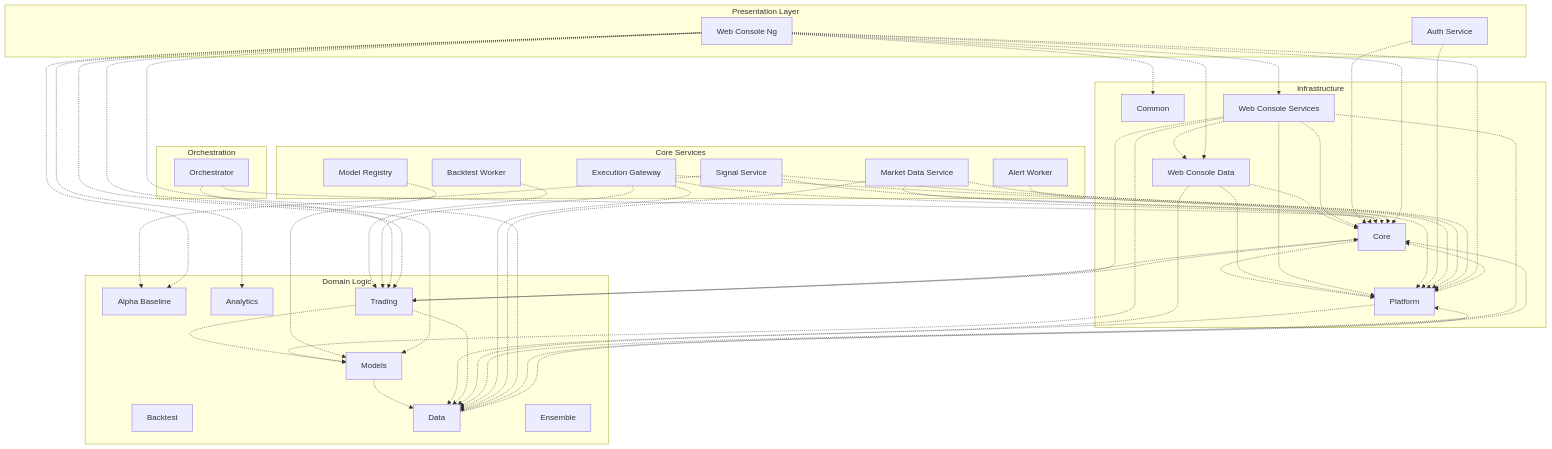
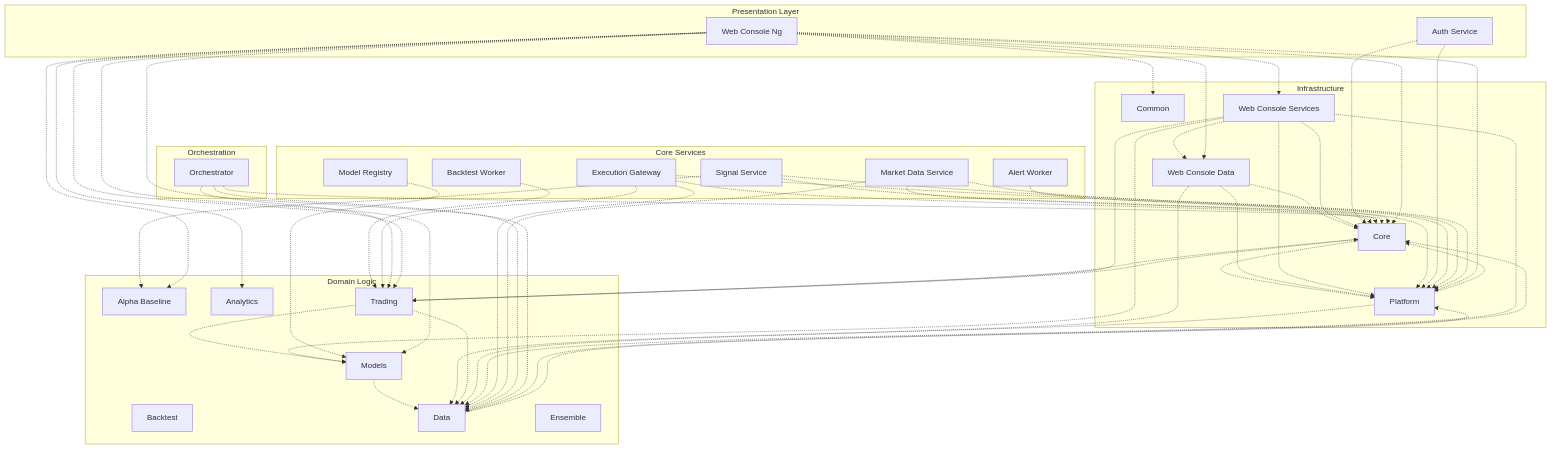
One commit to LeeeWayyy/trading_platform changed the diagram in docs/ARCHITECTURE/system_map_deps.md. Above: the diagram before and after it, drawn with Mermaid. The commit also changed 8 other files, not shown here.

First line of the commit message:
fix(orchestrator): fetch prices from Redis market data cache (#184)

````diff
--- a/docs/ARCHITECTURE/system_map_deps.md
+++ b/docs/ARCHITECTURE/system_map_deps.md
@@ -3,81 +3,82 @@
 ```mermaid
 flowchart TB
   subgraph presentation["Presentation Layer"]
     svc_auth_service["Auth Service"]
     svc_web_console_ng["Web Console Ng"]
   end
   subgraph orchestration["Orchestration"]
     svc_orchestrator["Orchestrator"]
   end
   subgraph core["Core Services"]
     svc_alert_worker["Alert Worker"]
     svc_backtest_worker["Backtest Worker"]
     svc_execution_gateway["Execution Gateway"]
     svc_market_data_service["Market Data Service"]
     svc_model_registry["Model Registry"]
     svc_signal_service["Signal Service"]
   end
   subgraph domain["Domain Logic"]
     strat_alpha_baseline["Alpha Baseline"]
     lib_analytics["Analytics"]
     strat_backtest["Backtest"]
     lib_data["Data"]
     strat_ensemble["Ensemble"]
     lib_models["Models"]
     lib_trading["Trading"]
   end
   subgraph infra["Infrastructure"]
     lib_common["Common"]
     lib_core["Core"]
     lib_platform["Platform"]
     lib_web_console_data["Web Console Data"]
     lib_web_console_services["Web Console Services"]
   end
 
   lib_core -.-> lib_platform
   lib_core -.-> lib_trading
   lib_data -.-> lib_core
   lib_data -.-> lib_platform
   lib_models -.-> lib_data
   lib_platform -.-> lib_core
   lib_platform -.-> lib_data
   lib_trading -.-> lib_core
   lib_trading -.-> lib_data
   lib_trading -.-> lib_models
   lib_web_console_data -.-> lib_core
   lib_web_console_data -.-> lib_data
   lib_web_console_data -.-> lib_platform
   lib_web_console_services -.-> lib_core
   lib_web_console_services -.-> lib_data
   lib_web_console_services -.-> lib_models
   lib_web_console_services -.-> lib_platform
   lib_web_console_services -.-> lib_trading
   lib_web_console_services -.-> lib_web_console_data
   svc_alert_worker -.-> lib_platform
   svc_auth_service -.-> lib_core
   svc_auth_service -.-> lib_platform
   svc_backtest_worker -.-> lib_trading
   svc_execution_gateway -.-> lib_core
   svc_execution_gateway -.-> lib_data
   svc_execution_gateway -.-> lib_platform
   svc_execution_gateway -.-> lib_trading
   svc_market_data_service -.-> lib_core
   svc_market_data_service -.-> lib_data
   svc_market_data_service -.-> lib_platform
   svc_model_registry -.-> lib_models
   svc_orchestrator -.-> lib_core
+  svc_orchestrator -.-> lib_data
   svc_orchestrator -.-> lib_trading
   svc_signal_service -.-> lib_core
   svc_signal_service -.-> lib_platform
   svc_signal_service -.-> strat_alpha_baseline
   svc_web_console_ng -.-> lib_analytics
   svc_web_console_ng -.-> lib_common
   svc_web_console_ng -.-> lib_core
   svc_web_console_ng -.-> lib_data
   svc_web_console_ng -.-> lib_models
   svc_web_console_ng -.-> lib_platform
   svc_web_console_ng -.-> lib_trading
   svc_web_console_ng -.-> lib_web_console_data
   svc_web_console_ng -.-> lib_web_console_services
   svc_web_console_ng -.-> strat_alpha_baseline
 ```
````
